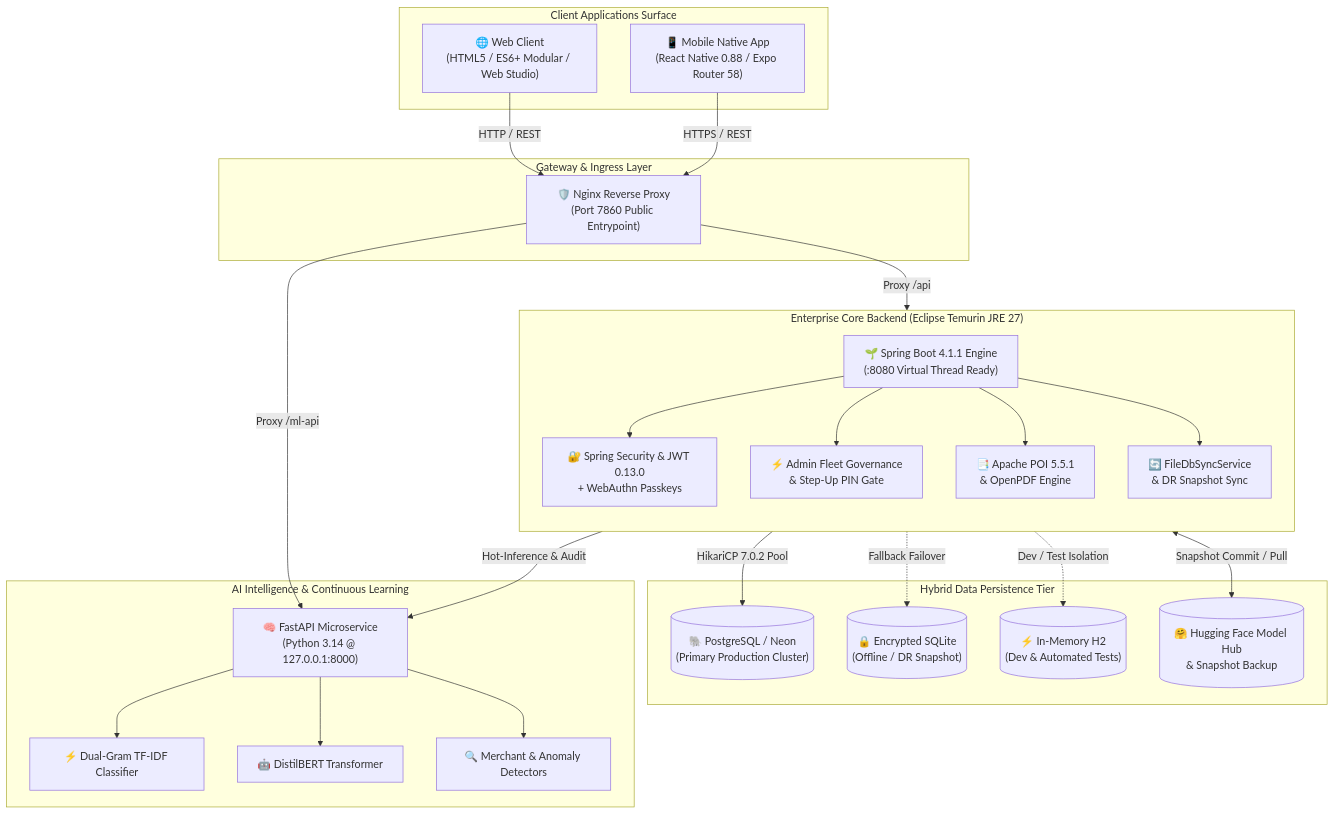
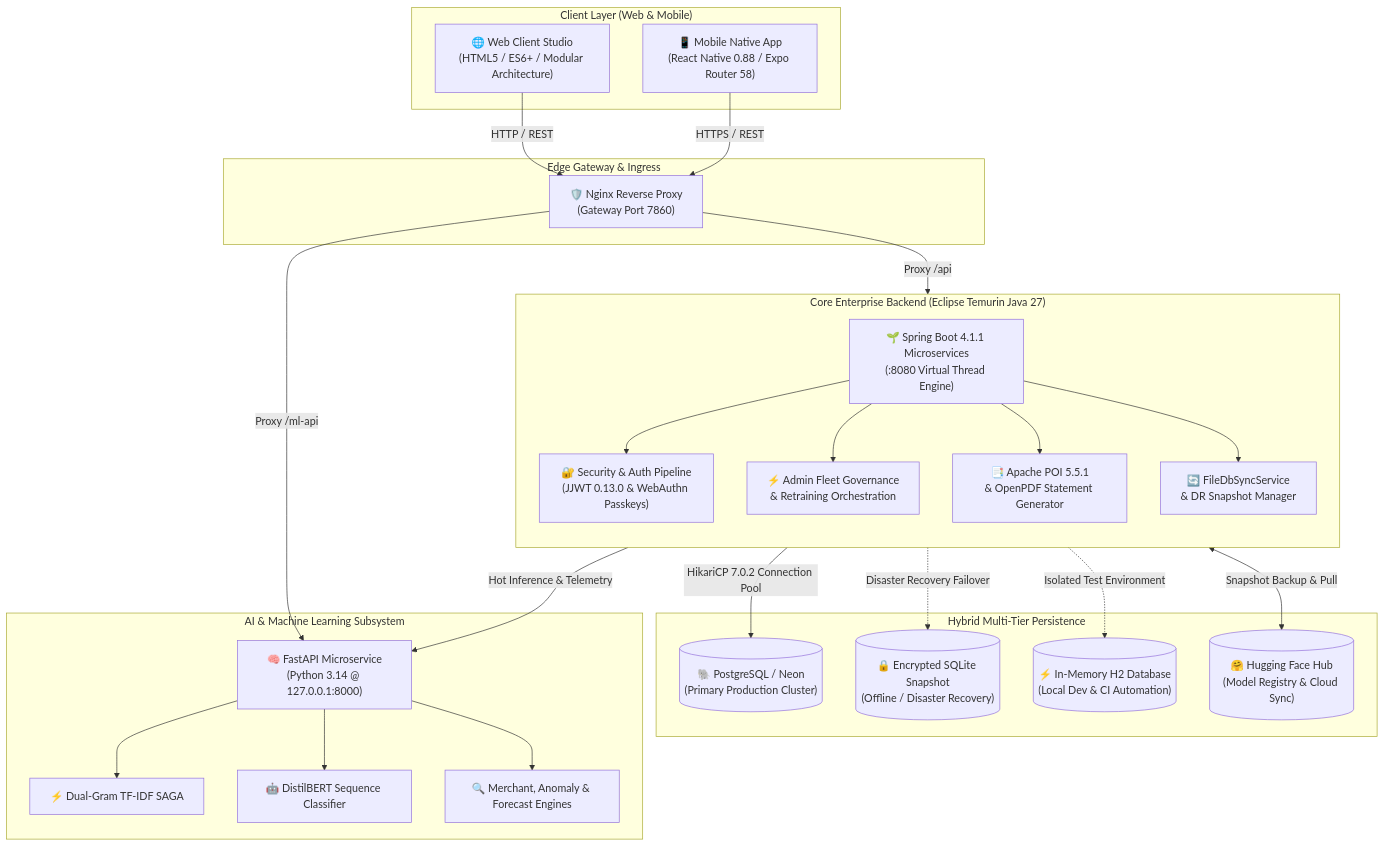
One commit to Yoge-2004/expense-tracker changed the first of 4 diagrams in README.md. Above: the diagram before and after it, drawn with Mermaid. The commit also changed other lines of this file, not shown here.

````diff
--- a/README.md
+++ b/README.md
@@ -90,55 +100,55 @@
 ```mermaid
 flowchart TD
-    subgraph Clients ["Client Applications Surface"]
-        Web["🌐 Web Client<br/>(HTML5 / ES6+ Modular / Web Studio)"]
+    subgraph Clients ["Client Layer (Web & Mobile)"]
+        Web["🌐 Web Client Studio<br/>(HTML5 / ES6+ / Modular Architecture)"]
         Mobile["📱 Mobile Native App<br/>(React Native 0.88 / Expo Router 58)"]
     end
 
-    subgraph Edge ["Gateway & Ingress Layer"]
-        Nginx["🛡️ Nginx Reverse Proxy<br/>(Port 7860 Public Entrypoint)"]
+    subgraph Ingress ["Edge Gateway & Ingress"]
+        Nginx["🛡️ Nginx Reverse Proxy<br/>(Gateway Port 7860)"]
     end
 
-    subgraph Core ["Enterprise Core Backend (Eclipse Temurin JRE 27)"]
+    subgraph CoreBackend ["Core Enterprise Backend (Eclipse Temurin Java 27)"]
         direction TB
-        SB["🌱 Spring Boot 4.1.1 Engine<br/>(:8080 Virtual Thread Ready)"]
-        Security["🔐 Spring Security & JWT 0.13.0<br/>+ WebAuthn Passkeys"]
-        Governance["⚡ Admin Fleet Governance<br/>& Step-Up PIN Gate"]
-        Sync["🔄 FileDbSyncService<br/>& DR Snapshot Sync"]
-        Reports["📑 Apache POI 5.5.1<br/>& OpenPDF Engine"]
+        Boot["🌱 Spring Boot 4.1.1 Microservices<br/>(:8080 Virtual Thread Engine)"]
+        Security["🔐 Security & Auth Pipeline<br/>(JJWT 0.13.0 & WebAuthn Passkeys)"]
+        AdminFleet["⚡ Admin Fleet Governance<br/>& Retraining Orchestration"]
+        DataSync["🔄 FileDbSyncService<br/>& DR Snapshot Manager"]
+        ExcelEngine["📑 Apache POI 5.5.1<br/>& OpenPDF Statement Generator"]
     end
 
-    subgraph ML ["AI Intelligence & Continuous Learning"]
+    subgraph MLEngine ["AI & Machine Learning Subsystem"]
         FastAPI["🧠 FastAPI Microservice<br/>(Python 3.14 @ 127.0.0.1:8000)"]
-        TFIDF["⚡ Dual-Gram TF-IDF Classifier"]
-        Transformer["🤖 DistilBERT Transformer"]
-        Aux["🔍 Merchant & Anomaly Detectors"]
+        TFIDF["⚡ Dual-Gram TF-IDF SAGA"]
+        Transformer["🤖 DistilBERT Sequence Classifier"]
+        AuxModels["🔍 Merchant, Anomaly & Forecast Engines"]
     end
 
-    subgraph Persistence ["Hybrid Data Persistence Tier"]
+    subgraph PersistenceTier ["Hybrid Multi-Tier Persistence"]
         Postgres[("🐘 PostgreSQL / Neon<br/>(Primary Production Cluster)")]
-        SQLite[("🔒 Encrypted SQLite<br/>(Offline / DR Snapshot)")]
-        H2[("⚡ In-Memory H2<br/>(Dev & Automated Tests)")]
-        HFHub[("🤗 Hugging Face Model Hub<br/>& Snapshot Backup")]
+        SQLite[("🔒 Encrypted SQLite Snapshot<br/>(Offline / Disaster Recovery)")]
+        H2[("⚡ In-Memory H2 Database<br/>(Local Dev & CI Automation)")]
+        HFHub[("🤗 Hugging Face Hub<br/>(Model Registry & Cloud Sync)")]
     end
 
     Web -->|HTTP / REST| Nginx
     Mobile -->|HTTPS / REST| Nginx
 
-    Nginx -->|Proxy /api| SB
+    Nginx -->|Proxy /api| Boot
     Nginx -->|Proxy /ml-api| FastAPI
 
-    SB --> Security
-    SB --> Governance
-    SB --> Reports
-    SB --> Sync
+    Boot --> Security
+    Boot --> AdminFleet
+    Boot --> ExcelEngine
+    Boot --> DataSync
 
-    Governance -->|Hot-Inference & Audit| FastAPI
+    AdminFleet -->|Hot Inference & Telemetry| FastAPI
     FastAPI --> TFIDF
     FastAPI --> Transformer
-    FastAPI --> Aux
+    FastAPI --> AuxModels
 
-    SB -->|HikariCP 7.0.2 Pool| Postgres
-    SB -.->|Fallback Failover| SQLite
-    SB -.->|Dev / Test Isolation| H2
-    Sync <-->|Snapshot Commit / Pull| HFHub
+    Boot -->|HikariCP 7.0.2 Connection Pool| Postgres
+    Boot -.->|Disaster Recovery Failover| SQLite
+    Boot -.->|Isolated Test Environment| H2
+    DataSync <-->|Snapshot Backup & Pull| HFHub
 ```
````
